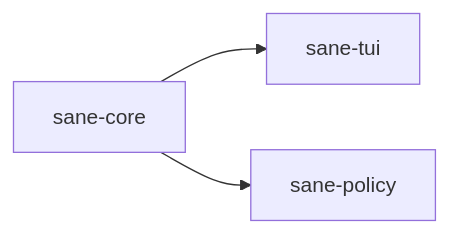
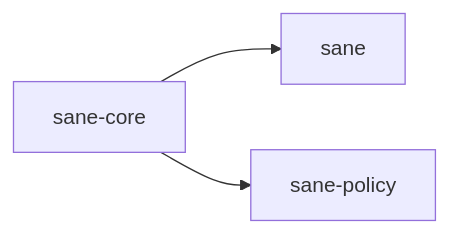
The diagram in crates/sane-core/README.md (lammersbjorn/sane), drawn with Mermaid before and after one commit. The commit also changed other lines of this file and 14 other files, not shown here.

````diff
--- a/crates/sane-core/README.md
+++ b/crates/sane-core/README.md
@@ -26,5 +49,5 @@
 ```mermaid
 flowchart LR
-    C["sane-core"] --> T["sane-tui"]
+    C["sane-core"] --> T["sane"]
     C --> P["sane-policy"]
 ```
````
